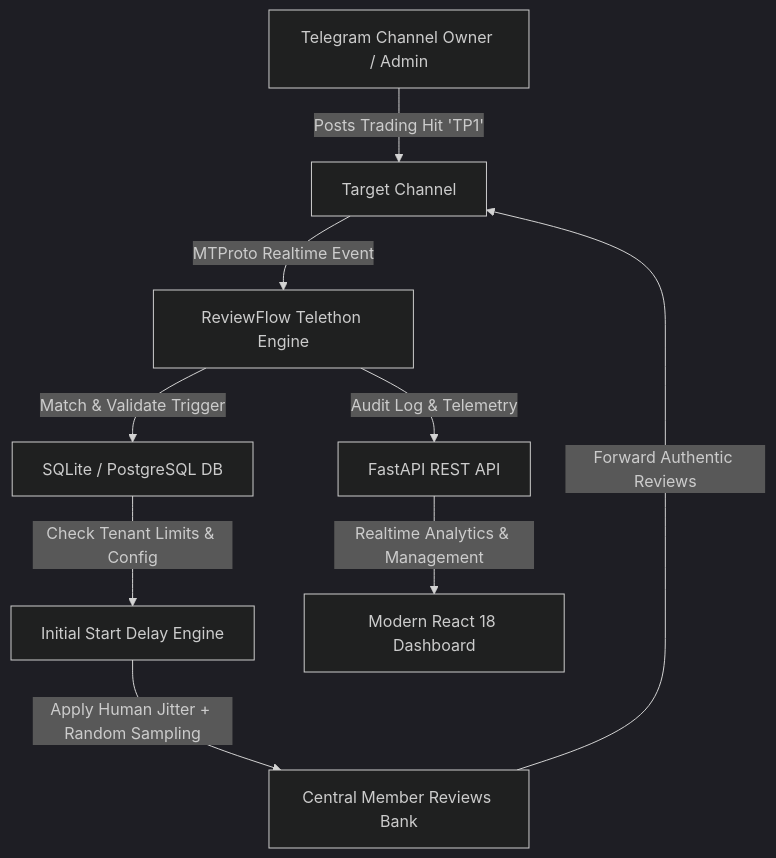
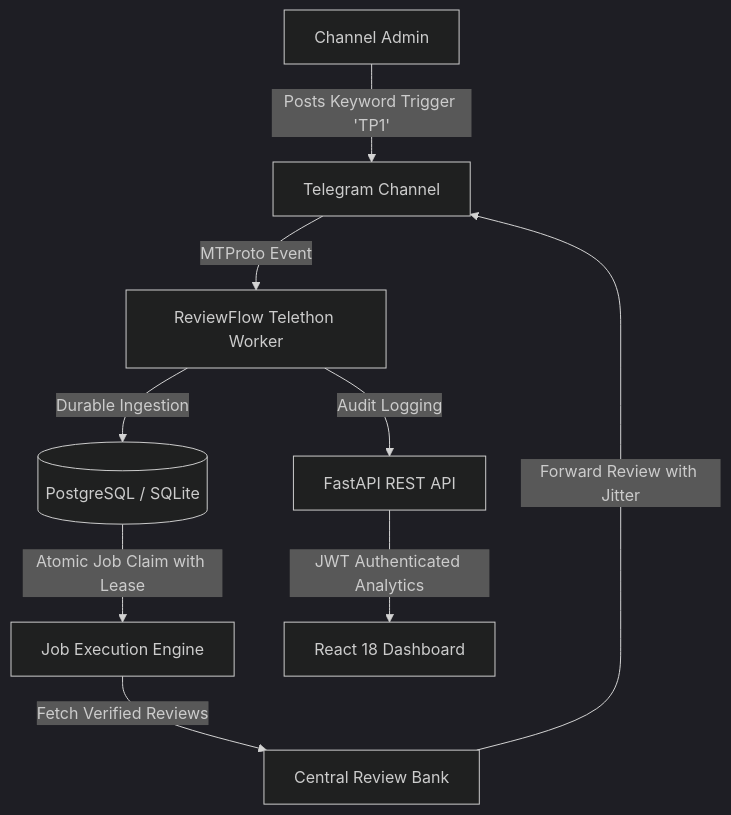
Before and after one commit to yossefbelal1/MassgesReview: the diagram in README.md, drawn with Mermaid (dark theme). The commit also changed other lines of this file and 13 other files, not shown here.

Commit message:
Second Remediation Pass: Concurrency-safe atomic job claiming, crash-safe event ingestion, persistent lease recovery, rate limiting, Alembic schema migrations, and sanitized README

````diff
--- a/README.md
+++ b/README.md
@@ -40,11 +39,11 @@
 ```mermaid
 graph TD
-    A[Telegram Channel Owner / Admin] -->|Posts Trading Hit 'TP1'| B[Target Channel]
-    B -->|MTProto Realtime Event| C[ReviewFlow Telethon Engine]
-    C -->|Match & Validate Trigger| D[SQLite / PostgreSQL DB]
-    D -->|Check Tenant Limits & Config| E[Initial Start Delay Engine]
-    E -->|Apply Human Jitter + Random Sampling| F[Central Member Reviews Bank]
-    F -->|Forward Authentic Reviews| B
-    C -->|Audit Log & Telemetry| G[FastAPI REST API]
-    G -->|Realtime Analytics & Management| H[Modern React 18 Dashboard]
+    A[Channel Admin] -->|Posts Keyword Trigger 'TP1'| B[Telegram Channel]
+    B -->|MTProto Event| C[ReviewFlow Telethon Worker]
+    C -->|Durable Ingestion| D[(PostgreSQL / SQLite)]
+    D -->|Atomic Job Claim with Lease| E[Job Execution Engine]
+    E -->|Fetch Verified Reviews| F[Central Review Bank]
+    F -->|Forward Review with Jitter| B
+    C -->|Audit Logging| G[FastAPI REST API]
+    G -->|JWT Authenticated Analytics| H[React 18 Dashboard]
 ```
````
